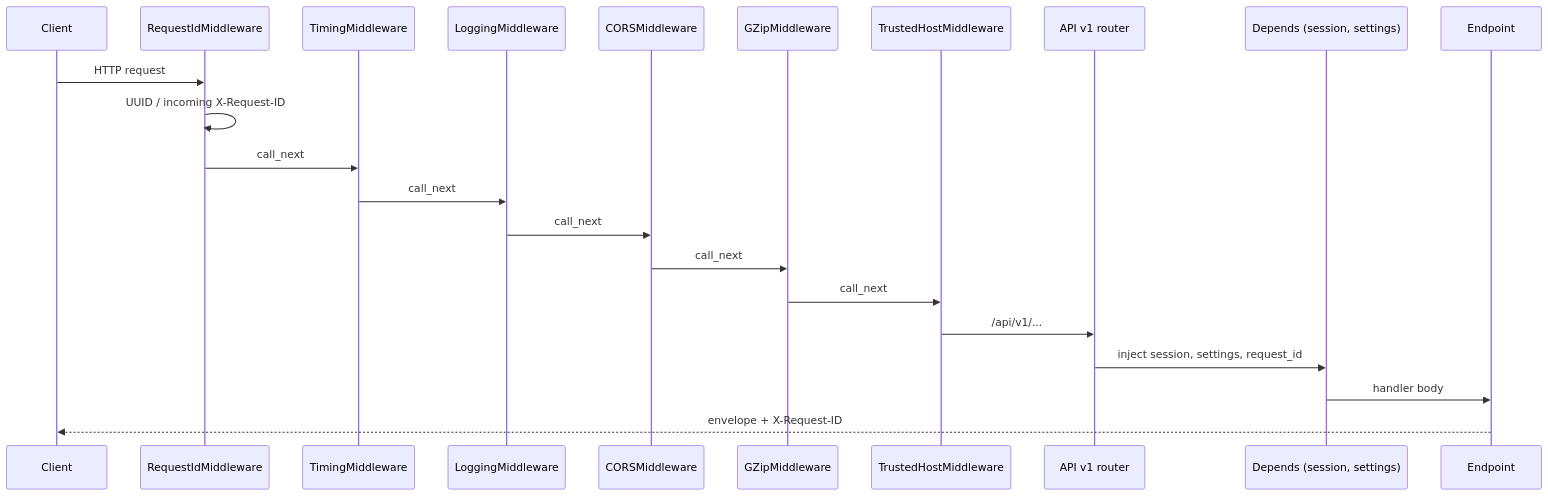
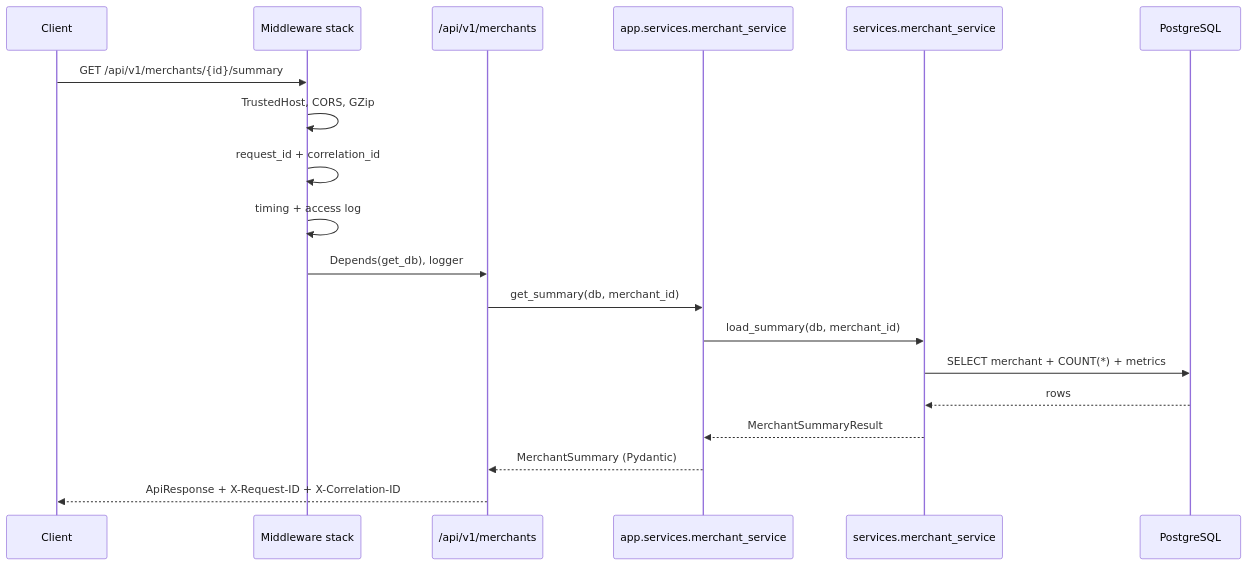
Before and after one commit to aditysinhania/RecoveryPilot-AI: the first of 6 diagrams in RecoveryPilot-AI/docs/BACKEND_ARCHITECTURE.md, drawn with Mermaid. The commit also changed other lines of this file and 22 other files, not shown here.

Commit message:
feat(api): implement merchant dashboard APIs and response layer

````diff
--- a/RecoveryPilot-AI/docs/BACKEND_ARCHITECTURE.md
+++ b/RecoveryPilot-AI/docs/BACKEND_ARCHITECTURE.md
@@ -58,25 +61,22 @@
 ```mermaid
 sequenceDiagram
     participant Client
-    participant RequestID as RequestIdMiddleware
-    participant Timing as TimingMiddleware
-    participant AccessLog as LoggingMiddleware
-    participant CORS as CORSMiddleware
-    participant GZip as GZipMiddleware
-    participant Host as TrustedHostMiddleware
-    participant Router as API v1 router
-    participant Deps as Depends (session, settings)
-    participant Handler as Endpoint
+    participant MW as Middleware stack
+    participant Router as /api/v1/merchants
+    participant Adapter as app.services.merchant_service
+    participant Domain as services.merchant_service
+    participant PG as PostgreSQL
 
-    Client->>RequestID: HTTP request
-    RequestID->>RequestID: UUID / incoming X-Request-ID
-    RequestID->>Timing: call_next
-    Timing->>AccessLog: call_next
-    AccessLog->>CORS: call_next
-    CORS->>GZip: call_next
-    GZip->>Host: call_next
-    Host->>Router: /api/v1/...
-    Router->>Deps: inject session, settings, request_id
-    Deps->>Handler: handler body
-    Handler-->>Client: envelope + X-Request-ID
+    Client->>MW: GET /api/v1/merchants/{id}/summary
+    MW->>MW: TrustedHost, CORS, GZip
+    MW->>MW: request_id + correlation_id
+    MW->>MW: timing + access log
+    MW->>Router: Depends(get_db), logger
+    Router->>Adapter: get_summary(db, merchant_id)
+    Adapter->>Domain: load_summary(db, merchant_id)
+    Domain->>PG: SELECT merchant + COUNT(*) + metrics
+    PG-->>Domain: rows
+    Domain-->>Adapter: MerchantSummaryResult
+    Adapter-->>Router: MerchantSummary (Pydantic)
+    Router-->>Client: ApiResponse + X-Request-ID + X-Correlation-ID
 ```
````
